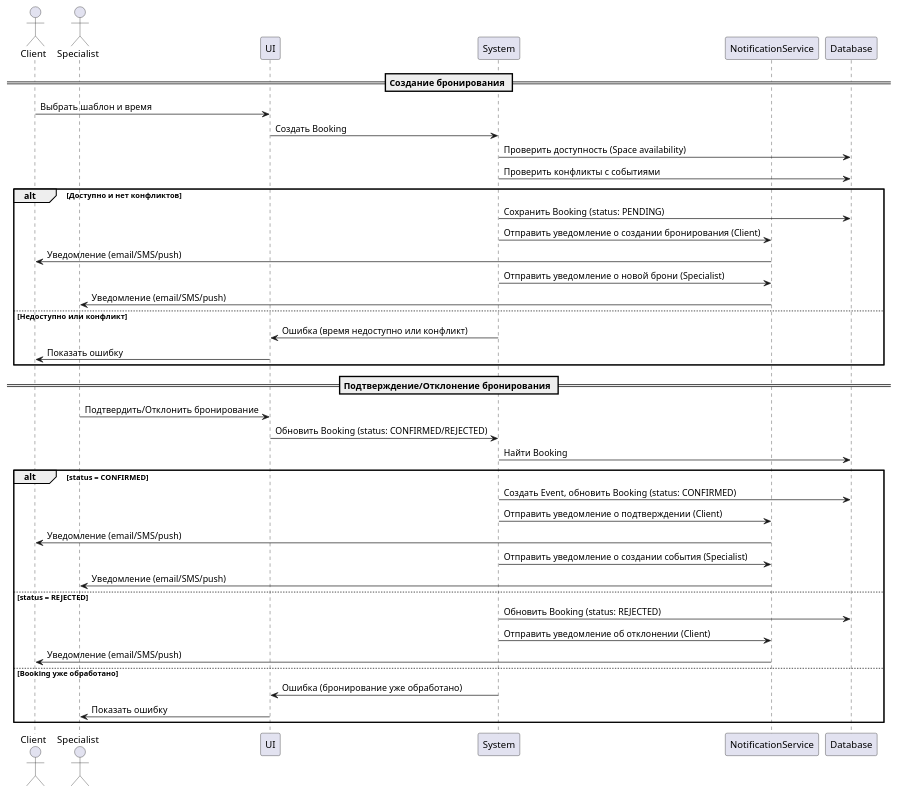
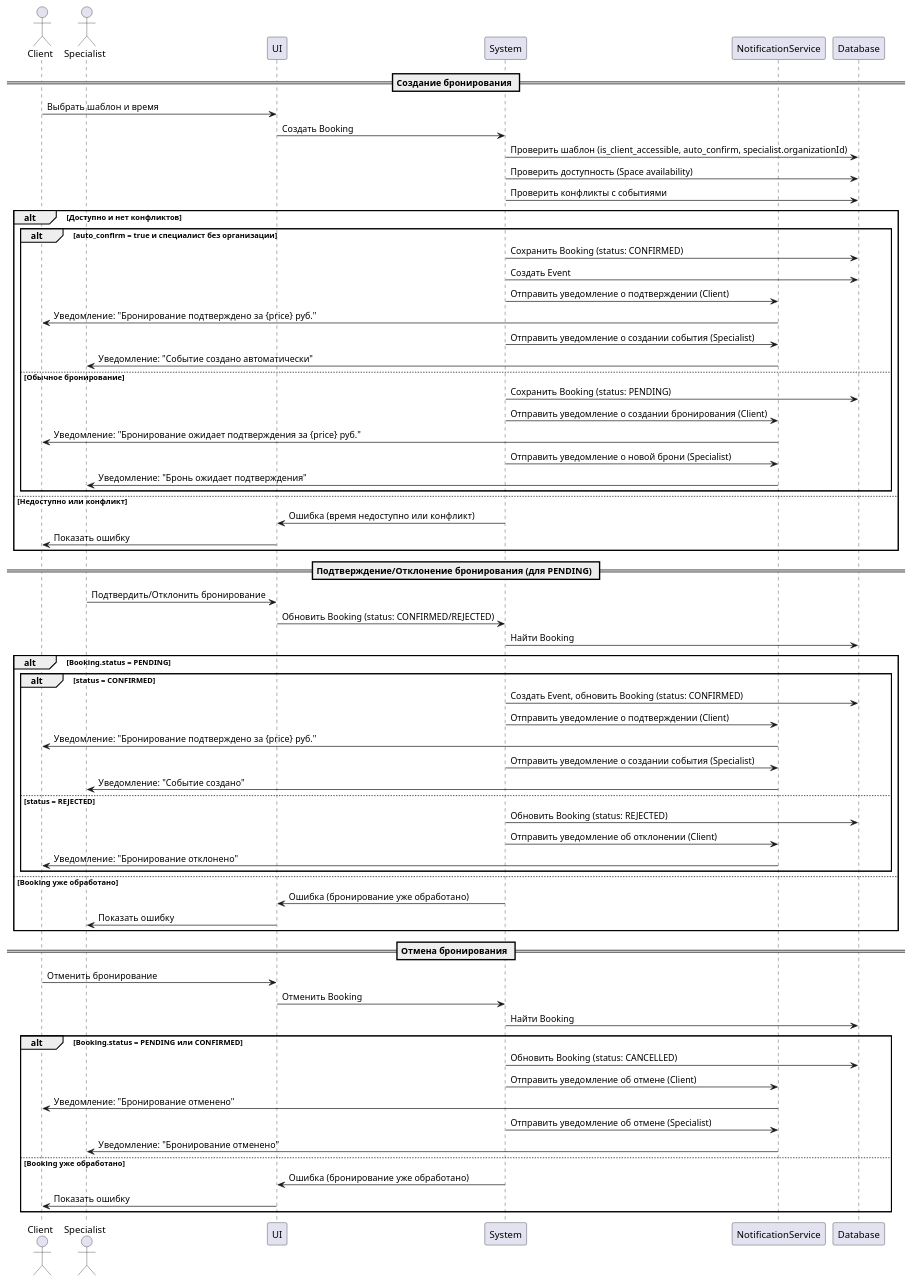
The diagram in docs/diagrams/src/booking-ns.puml (CodeImm/avacade), drawn with PlantUML before and after one commit. The commit also changed 20 other files, not shown here.

```diff
--- a/docs/diagrams/src/booking-ns.puml
+++ b/docs/diagrams/src/booking-ns.puml
@@ -1,44 +1,71 @@
 @startuml
 actor Client
 actor Specialist
 participant "UI" as UI
 participant "System" as System
 participant "NotificationService" as NS
 participant "Database" as DB
 
 == Создание бронирования ==
 Client -> UI: Выбрать шаблон и время
 UI -> System: Создать Booking
+System -> DB: Проверить шаблон (is_client_accessible, auto_confirm, specialist.organizationId)
 System -> DB: Проверить доступность (Space availability)
 System -> DB: Проверить конфликты с событиями
 alt Доступно и нет конфликтов
-  System -> DB: Сохранить Booking (status: PENDING)
-  System -> NS: Отправить уведомление о создании бронирования (Client)
-  NS -> Client: Уведомление (email/SMS/push)
-  System -> NS: Отправить уведомление о новой брони (Specialist)
-  NS -> Specialist: Уведомление (email/SMS/push)
+  alt auto_confirm = true и специалист без организации
+    System -> DB: Сохранить Booking (status: CONFIRMED)
+    System -> DB: Создать Event
+    System -> NS: Отправить уведомление о подтверждении (Client)
+    NS -> Client: Уведомление: "Бронирование подтверждено за {price} руб."
+    System -> NS: Отправить уведомление о создании события (Specialist)
+    NS -> Specialist: Уведомление: "Событие создано автоматически"
+  else Обычное бронирование
+    System -> DB: Сохранить Booking (status: PENDING)
+    System -> NS: Отправить уведомление о создании бронирования (Client)
+    NS -> Client: Уведомление: "Бронирование ожидает подтверждения за {price} руб."
+    System -> NS: Отправить уведомление о новой брони (Specialist)
+    NS -> Specialist: Уведомление: "Бронь ожидает подтверждения"
+  end alt
 else Недоступно или конфликт
   System -> UI: Ошибка (время недоступно или конфликт)
   UI -> Client: Показать ошибку
 end alt
 
-== Подтверждение/Отклонение бронирования ==
+== Подтверждение/Отклонение бронирования (для PENDING) ==
 Specialist -> UI: Подтвердить/Отклонить бронирование
 UI -> System: Обновить Booking (status: CONFIRMED/REJECTED)
 System -> DB: Найти Booking
-alt status = CONFIRMED
-  System -> DB: Создать Event, обновить Booking (status: CONFIRMED)
-  System -> NS: Отправить уведомление о подтверждении (Client)
-  NS -> Client: Уведомление (email/SMS/push)
-  System -> NS: Отправить уведомление о создании события (Specialist)
-  NS -> Specialist: Уведомление (email/SMS/push)
-else status = REJECTED
-  System -> DB: Обновить Booking (status: REJECTED)
-  System -> NS: Отправить уведомление об отклонении (Client)
-  NS -> Client: Уведомление (email/SMS/push)
+alt Booking.status = PENDING
+  alt status = CONFIRMED
+    System -> DB: Создать Event, обновить Booking (status: CONFIRMED)
+    System -> NS: Отправить уведомление о подтверждении (Client)
+    NS -> Client: Уведомление: "Бронирование подтверждено за {price} руб."
+    System -> NS: Отправить уведомление о создании события (Specialist)
+    NS -> Specialist: Уведомление: "Событие создано"
+  else status = REJECTED
+    System -> DB: Обновить Booking (status: REJECTED)
+    System -> NS: Отправить уведомление об отклонении (Client)
+    NS -> Client: Уведомление: "Бронирование отклонено"
+  end alt
 else Booking уже обработано
   System -> UI: Ошибка (бронирование уже обработано)
   UI -> Specialist: Показать ошибку
 end alt
 
+== Отмена бронирования ==
+Client -> UI: Отменить бронирование
+UI -> System: Отменить Booking
+System -> DB: Найти Booking
+alt Booking.status = PENDING или CONFIRMED
+  System -> DB: Обновить Booking (status: CANCELLED)
+  System -> NS: Отправить уведомление об отмене (Client)
+  NS -> Client: Уведомление: "Бронирование отменено"
+  System -> NS: Отправить уведомление об отмене (Specialist)
+  NS -> Specialist: Уведомление: "Бронирование отменено"
+else Booking уже обработано
+  System -> UI: Ошибка (бронирование уже обработано)
+  UI -> Client: Показать ошибку
+end alt
+
 @enduml
```
